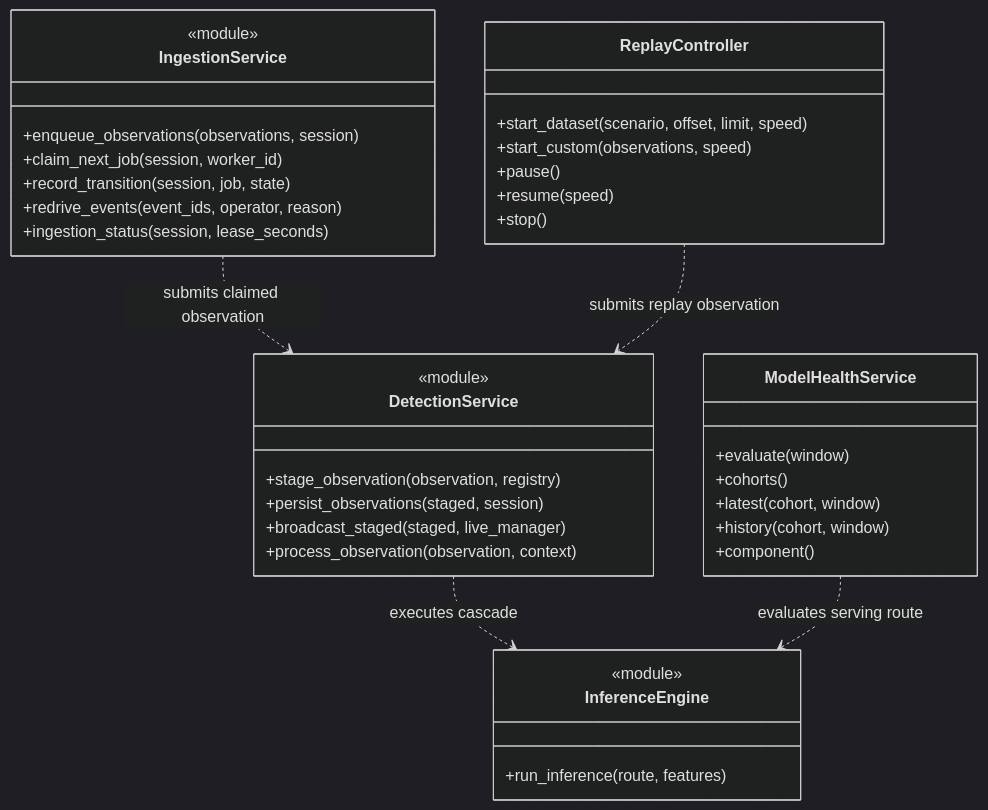
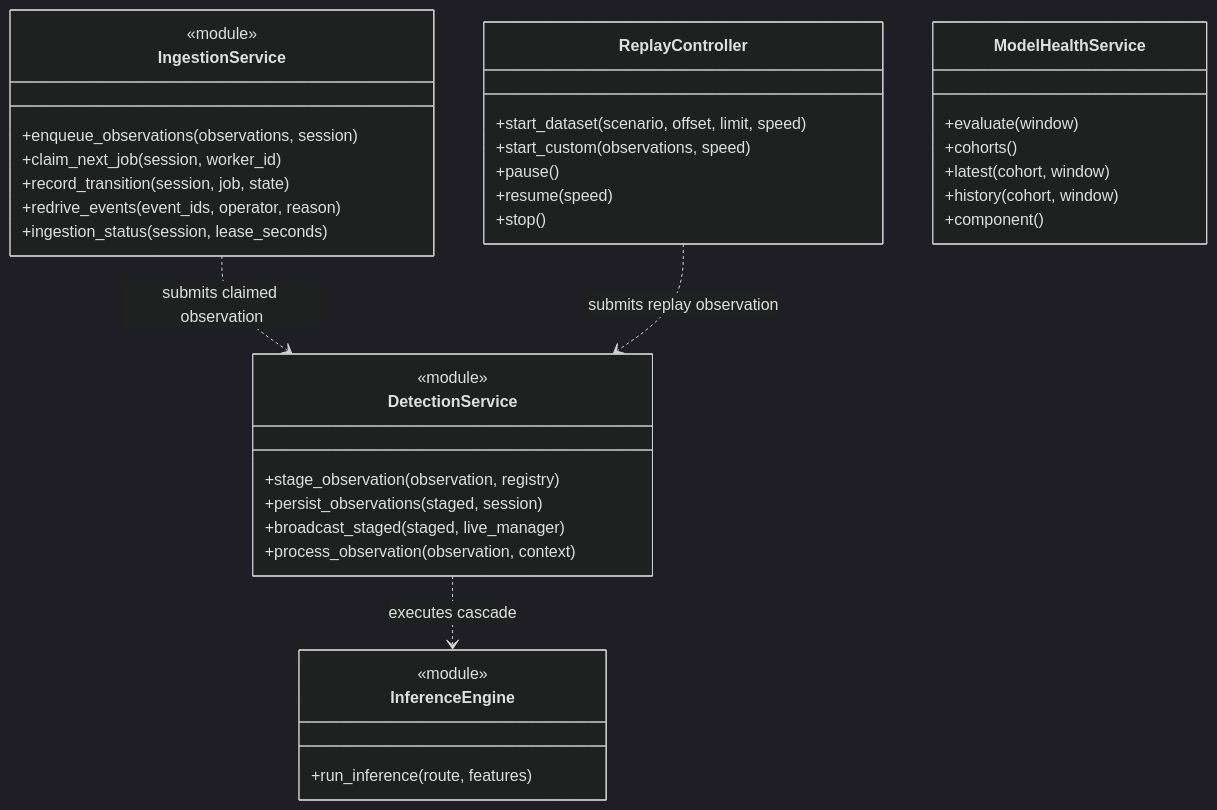
Before and after one commit to ZakariaElKhaldi/4iir-sr: the diagram in diagrams/03d-service-operations.mmd, drawn with Mermaid (dark theme). The commit also changed 46 other files, not shown here.

First line of the commit message:
Update main document structure and add project timeline

```diff
--- a/diagrams/03d-service-operations.mmd
+++ b/diagrams/03d-service-operations.mmd
@@ -1,45 +1,44 @@
 classDiagram
     direction TB
 
     class DetectionService {
         <<module>>
         +stage_observation(observation, registry)
         +persist_observations(staged, session)
         +broadcast_staged(staged, live_manager)
         +process_observation(observation, context)
     }
 
     class InferenceEngine {
         <<module>>
         +run_inference(route, features)
     }
 
     class IngestionService {
         <<module>>
         +enqueue_observations(observations, session)
         +claim_next_job(session, worker_id)
         +record_transition(session, job, state)
         +redrive_events(event_ids, operator, reason)
         +ingestion_status(session, lease_seconds)
     }
 
     class ReplayController {
         +start_dataset(scenario, offset, limit, speed)
         +start_custom(observations, speed)
         +pause()
         +resume(speed)
         +stop()
     }
 
     class ModelHealthService {
         +evaluate(window)
         +cohorts()
         +latest(cohort, window)
         +history(cohort, window)
         +component()
     }
 
     IngestionService ..> DetectionService : submits claimed observation
     DetectionService ..> InferenceEngine : executes cascade
     ReplayController ..> DetectionService : submits replay observation
-    ModelHealthService ..> InferenceEngine : evaluates serving route
```
